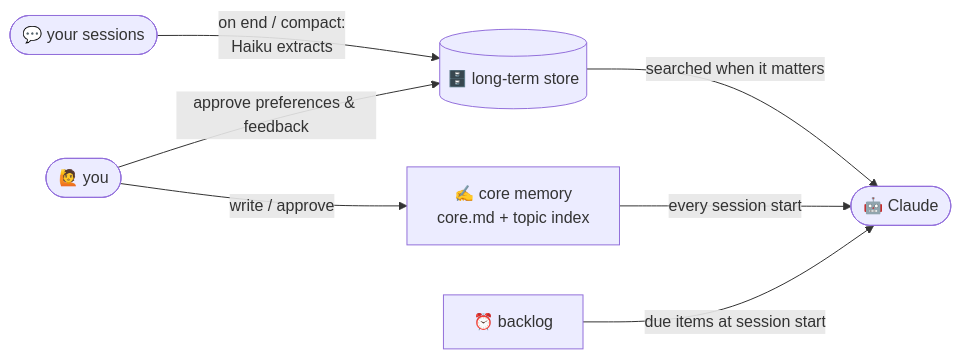
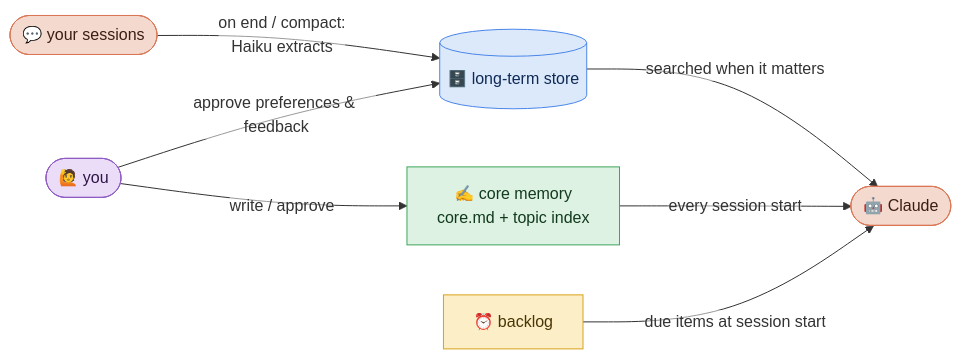
Before and after one commit to Nevysha/claudysha: the second of 2 diagrams in README.md, drawn with Mermaid. The commit also changed other lines of this file, not shown here.

First line of the commit message:
docs(readme): colour the diagrams, transparent edge labels

````diff
--- a/README.md
+++ b/README.md
@@ -139,9 +151,21 @@
 ```mermaid
+%%{init: {'themeVariables': {'edgeLabelBackground': '#ffffff00'}, 'themeCSS': '.labelBkg { background-color: transparent !important; }'}}%%
 flowchart LR
     S(["💬 your sessions"]) -->|"on end / compact:<br/>Haiku extracts"| LT[("🗄️ long-term store")]
     LT -->|"searched when it matters"| C(["🤖 Claude"])
     CORE["✍️ core memory<br/>core.md + topic index"] -->|"every session start"| C
     BL["⏰ backlog"] -->|"due items at session start"| C
     U(["🙋 you"]) -->|"write / approve"| CORE
     U -->|"approve preferences & feedback"| LT
+
+    classDef claude fill:#F4D9CF,stroke:#D97757,color:#3B1D12
+    classDef you fill:#EBDDF7,stroke:#8E5CC4,color:#2E1547
+    classDef store fill:#DCE9FB,stroke:#4A86E8,color:#0E2A55
+    classDef core fill:#DDF2E3,stroke:#3FA65A,color:#123A1E
+    classDef backlog fill:#FCEFC7,stroke:#D9A21B,color:#4A3505
+    class S,C claude
+    class U you
+    class LT store
+    class CORE core
+    class BL backlog
 ```
````
